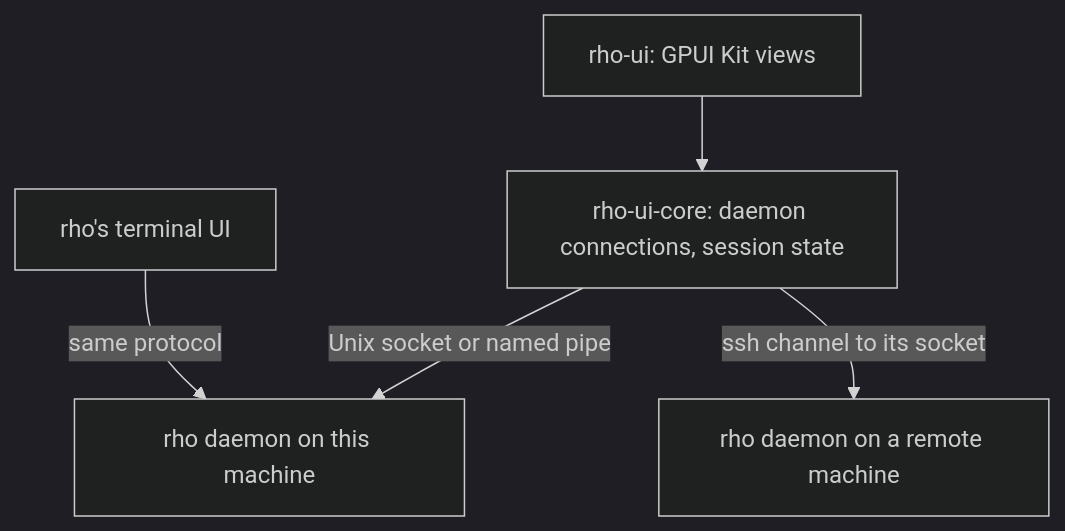
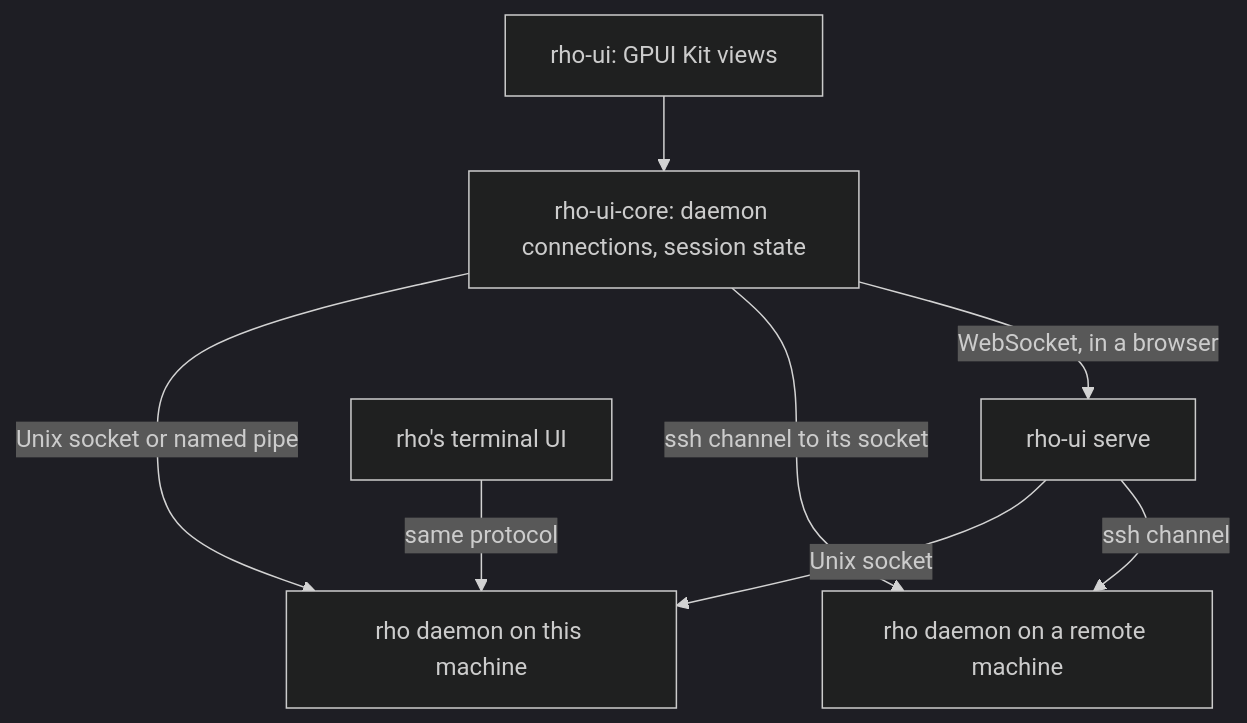
The first of 2 diagrams in docs/architecture.md (matthewyjiang/rho-ui), drawn with Mermaid (dark theme) before and after one commit. The commit also changed other lines of this file and 75 other files, not shown here.

First line of the commit message:
Run rho-ui in a browser, served by rho-ui-serve (#46)

````diff
--- a/docs/architecture.md
+++ b/docs/architecture.md
@@ -5,7 +5,10 @@
 ```mermaid
 flowchart TD
     UI["rho-ui: GPUI Kit views"] --> Core["rho-ui-core: daemon connections, session state"]
     Core -->|"Unix socket or named pipe"| Local["rho daemon on this machine"]
     Core -->|"ssh channel to its socket"| Remote["rho daemon on a remote machine"]
+    Core -->|"WebSocket, in a browser"| Serve["rho-ui serve"]
+    Serve -->|"Unix socket"| Local
+    Serve -->|"ssh channel"| Remote
     TUI["rho's terminal UI"] -->|"same protocol"| Local
 ```
````
